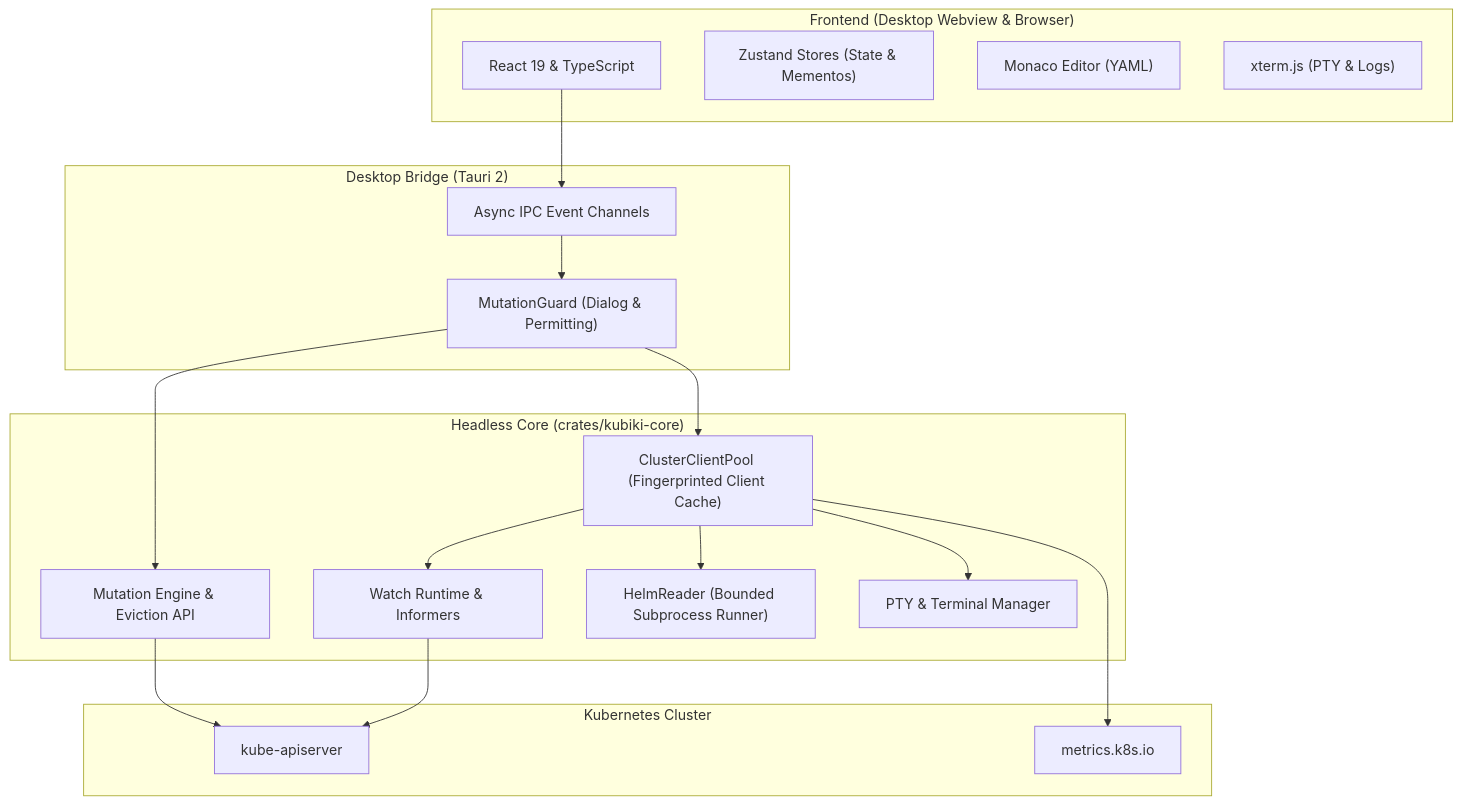
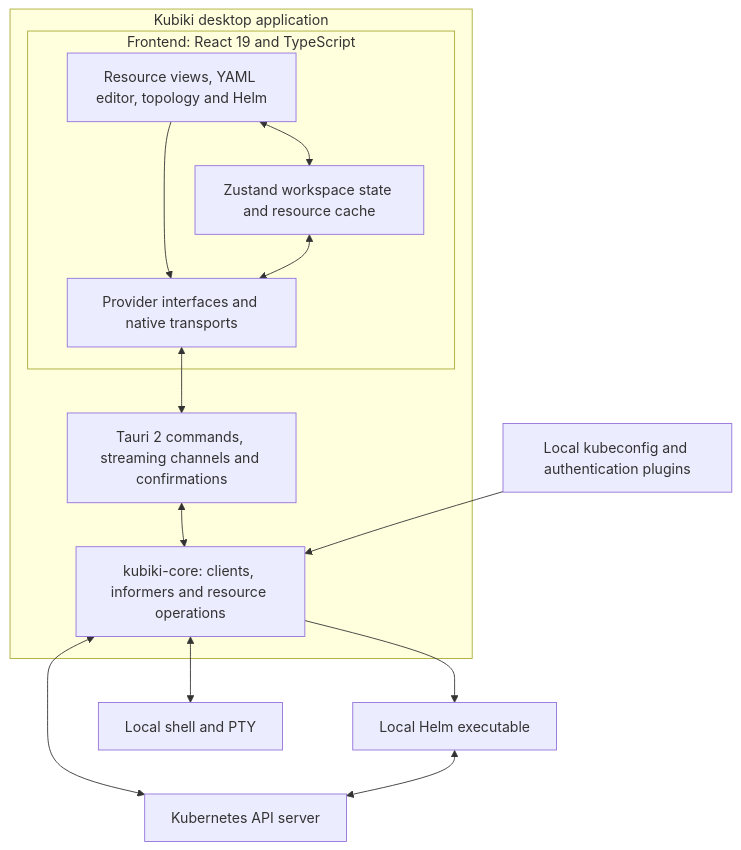
The diagram in README.md (JustYarick/kubiki), drawn with Mermaid before and after one commit. The commit also changed other lines of this file and 65 other files, not shown here.

````diff
--- a/README.md
+++ b/README.md
@@ -85,38 +181,28 @@
 ```mermaid
-flowchart TD
-    subgraph UI ["Frontend (Desktop Webview & Browser)"]
-        React["React 19 & TypeScript"]
-        Zustand["Zustand Stores (State & Mementos)"]
-        Monaco["Monaco Editor (YAML)"]
-        Xterm["xterm.js (PTY & Logs)"]
+flowchart TB
+    subgraph Desktop["Kubiki desktop application"]
+        subgraph Frontend["Frontend: React 19 and TypeScript"]
+            Views["Resource views, YAML editor, topology and Helm"]
+            State["Zustand workspace state and resource cache"]
+            Providers["Provider interfaces and native transports"]
+            Views <--> State
+            Views --> Providers
+            State <--> Providers
+        end
+        IPC["Tauri 2 commands, streaming channels and confirmations"]
+        Core["kubiki-core: clients, informers and resource operations"]
+        Providers <--> IPC
+        IPC <--> Core
     end
 
-    subgraph IPC ["Desktop Bridge (Tauri 2)"]
-        Channels["Async IPC Event Channels"]
-        Guard["MutationGuard (Dialog & Permitting)"]
-    end
+    Config["Local kubeconfig and authentication plugins"]
+    API["Kubernetes API server"]
+    Helm["Local Helm executable"]
+    Shell["Local shell and PTY"]
 
-    subgraph Core ["Headless Core (crates/kubiki-core)"]
-        Pool["ClusterClientPool (Fingerprinted Client Cache)"]
-        Informers["Watch Runtime & Informers"]
-        Mutations["Mutation Engine & Eviction API"]
-        Helm["HelmReader (Bounded Subprocess Runner)"]
-        PTY["PTY & Terminal Manager"]
-    end
-
-    subgraph K8s ["Kubernetes Cluster"]
-        APIServer["kube-apiserver"]
-        MetricsAPI["metrics.k8s.io"]
-    end
-
-    React --> Channels
-    Channels --> Guard
-    Guard --> Mutations
-    Guard --> Pool
-    Pool --> Informers
-    Pool --> Helm
-    Pool --> PTY
-    Informers --> APIServer
-    Mutations --> APIServer
-    Pool --> MetricsAPI
+    Config --> Core
+    Core <--> API
+    Core --> Helm
+    Helm <--> API
+    Core <--> Shell
 ```
````
